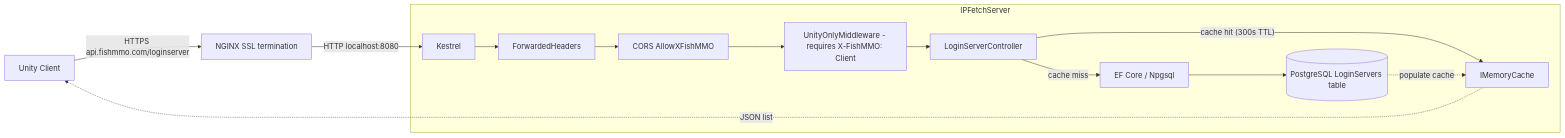
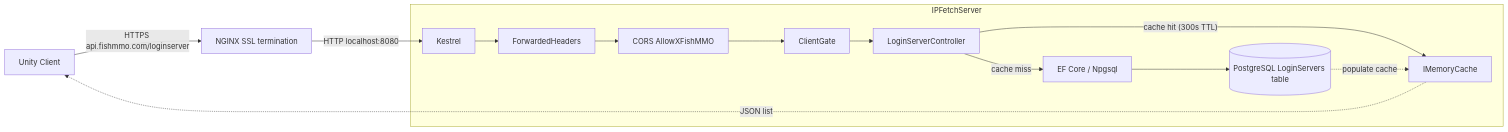
Before and after one commit to jimdroberts/FishMMO: the diagram in FishMMO-WebServers/IPFetchASP.NET/README.md, drawn with Mermaid. The commit also changed other lines of this file and 12 other files, not shown here.

Commit message:
FishMMO Update

````diff
--- a/FishMMO-WebServers/IPFetchASP.NET/README.md
+++ b/FishMMO-WebServers/IPFetchASP.NET/README.md
@@ -179,16 +179,16 @@
 ```mermaid
 flowchart LR
     Client[Unity Client] -->|"HTTPS api.fishmmo.com/loginserver"| Nginx[NGINX SSL termination]
     Nginx -->|"HTTP localhost:8080"| Kestrel[Kestrel]
     subgraph Server[IPFetchServer]
         Kestrel --> Fwd[ForwardedHeaders]
         Fwd --> Cors[CORS AllowXFishMMO]
-        Cors --> Unity["UnityOnlyMiddleware - requires X-FishMMO: Client"]
-        Unity --> Ctrl[LoginServerController]
+        Cors --> Gate[ClientGate]
+        Gate --> Ctrl[LoginServerController]
         Ctrl -->|"cache hit (300s TTL)"| Cache[IMemoryCache]
         Ctrl -->|cache miss| EF[EF Core / Npgsql]
         EF --> DB[("PostgreSQL LoginServers table")]
     end
     Cache -. JSON list .-> Client
     DB -. populate cache .-> Cache
 ```
````
